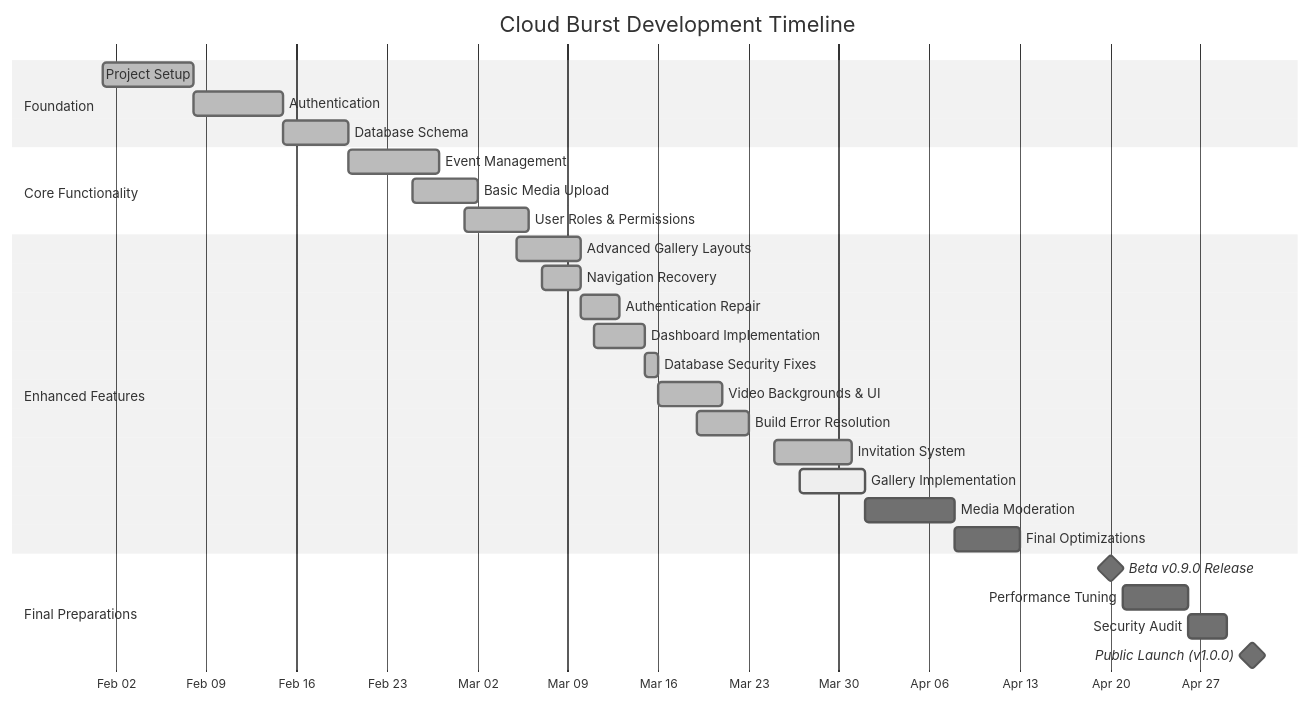
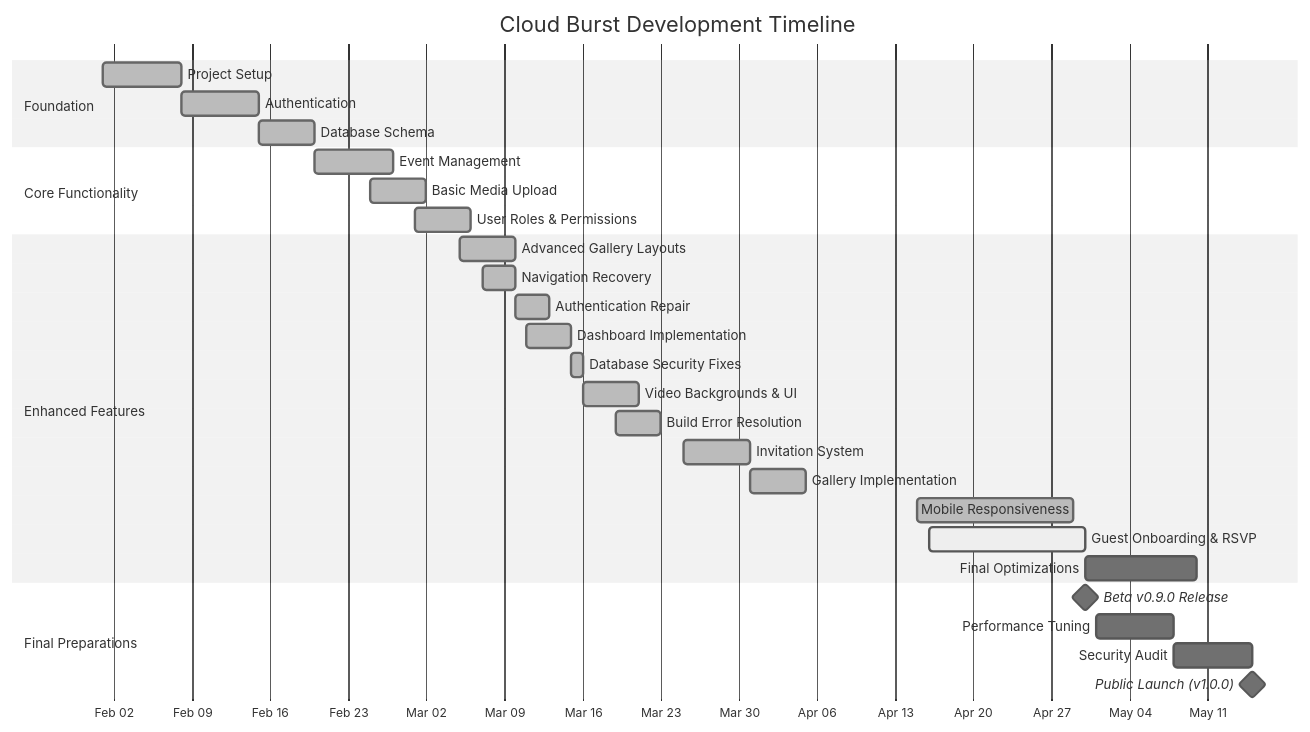
One commit to mrj0nesmtl/cloud-burst changed the first of 2 diagrams in docs/planning/roadmap.md. Above: the diagram before and after it, drawn with Mermaid (neutral theme). The commit also changed other lines of this file and 38 other files, not shown here.

Commit message:
Update to version 0.8.3: Add Session 32 docs for Guest Onboarding & RSVP Flow, archive Session 31 files, update version and timeline across documentation

````diff
--- a/docs/planning/roadmap.md
+++ b/docs/planning/roadmap.md
@@ -144,35 +116,36 @@
 ```mermaid
 gantt
     title Cloud Burst Development Timeline
     dateFormat  YYYY-MM-DD
     axisFormat %b %d
     
     section Foundation
     Project Setup           :done, f1, 2025-02-01, 7d
     Authentication          :done, f2, 2025-02-08, 7d
     Database Schema         :done, f3, 2025-02-15, 5d
     
     section Core Functionality
     Event Management        :done, c1, 2025-02-20, 7d
     Basic Media Upload      :done, c2, 2025-02-25, 5d
     User Roles & Permissions:done, c3, 2025-03-01, 5d
     
     section Enhanced Features
     Advanced Gallery Layouts:done, e1, 2025-03-05, 5d
     Navigation Recovery     :done, e2, 2025-03-07, 3d
     Authentication Repair   :done, e3, 2025-03-10, 3d
     Dashboard Implementation:done, e4, 2025-03-11, 4d
     Database Security Fixes :done, e5, 2025-03-15, 1d
     Video Backgrounds & UI  :done, e6, 2025-03-16, 5d
     Build Error Resolution  :done, e7, 2025-03-19, 4d
     Invitation System       :done, e8, 2025-03-25, 6d
-    Gallery Implementation  :active, e9, 2025-03-27, 5d
-    Media Moderation        :e10, 2025-04-01, 7d
-    Final Optimizations     :e11, 2025-04-08, 5d
+    Gallery Implementation  :done, e9, 2025-03-31, 5d
+    Mobile Responsiveness   :done, e10, 2025-04-15, 14d
+    Guest Onboarding & RSVP :active, e11, 2025-04-16, 14d
+    Final Optimizations     :e12, 2025-04-30, 10d
     
     section Final Preparations
-    Beta v0.9.0 Release     :milestone, b1, 2025-04-20, 0d
-    Performance Tuning      :o1, 2025-04-21, 5d
-    Security Audit          :o2, 2025-04-26, 3d
-    Public Launch (v1.0.0)  :milestone, l3, 2025-05-01, 0d
+    Beta v0.9.0 Release     :milestone, b1, 2025-04-30, 0d
+    Performance Tuning      :o1, 2025-05-01, 7d
+    Security Audit          :o2, 2025-05-08, 7d
+    Public Launch (v1.0.0)  :milestone, l3, 2025-05-15, 0d
 ```
````
